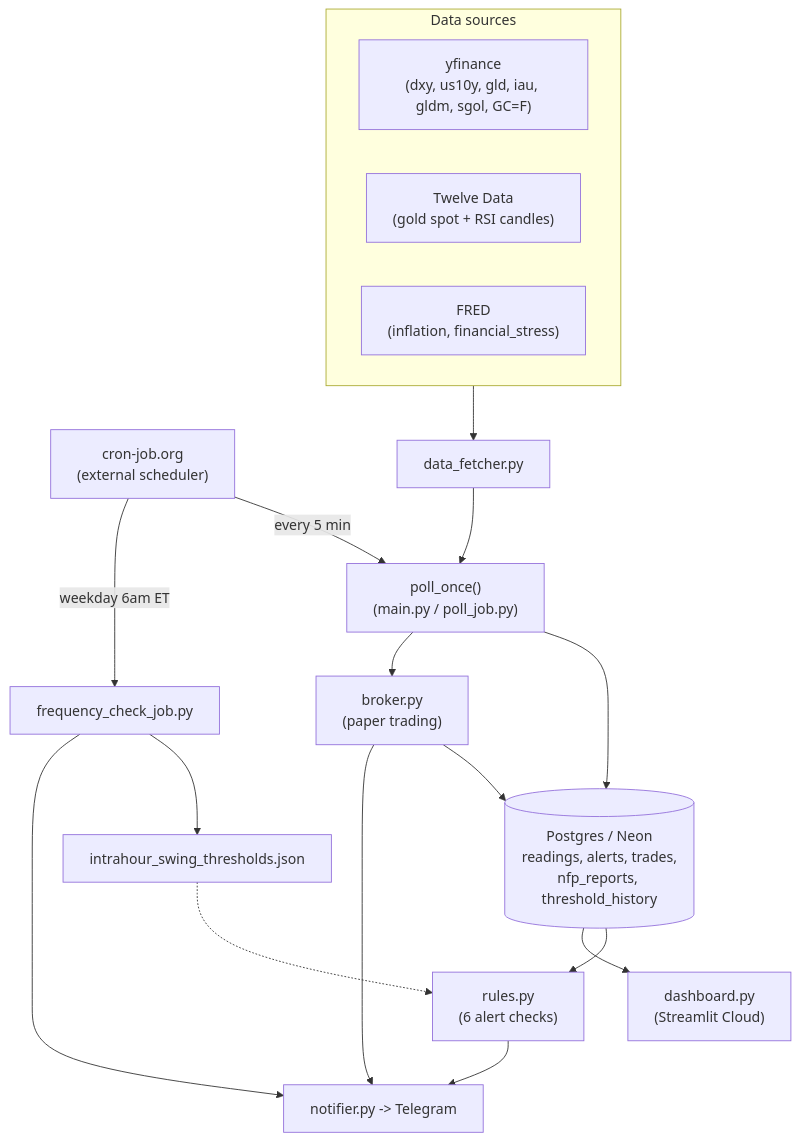
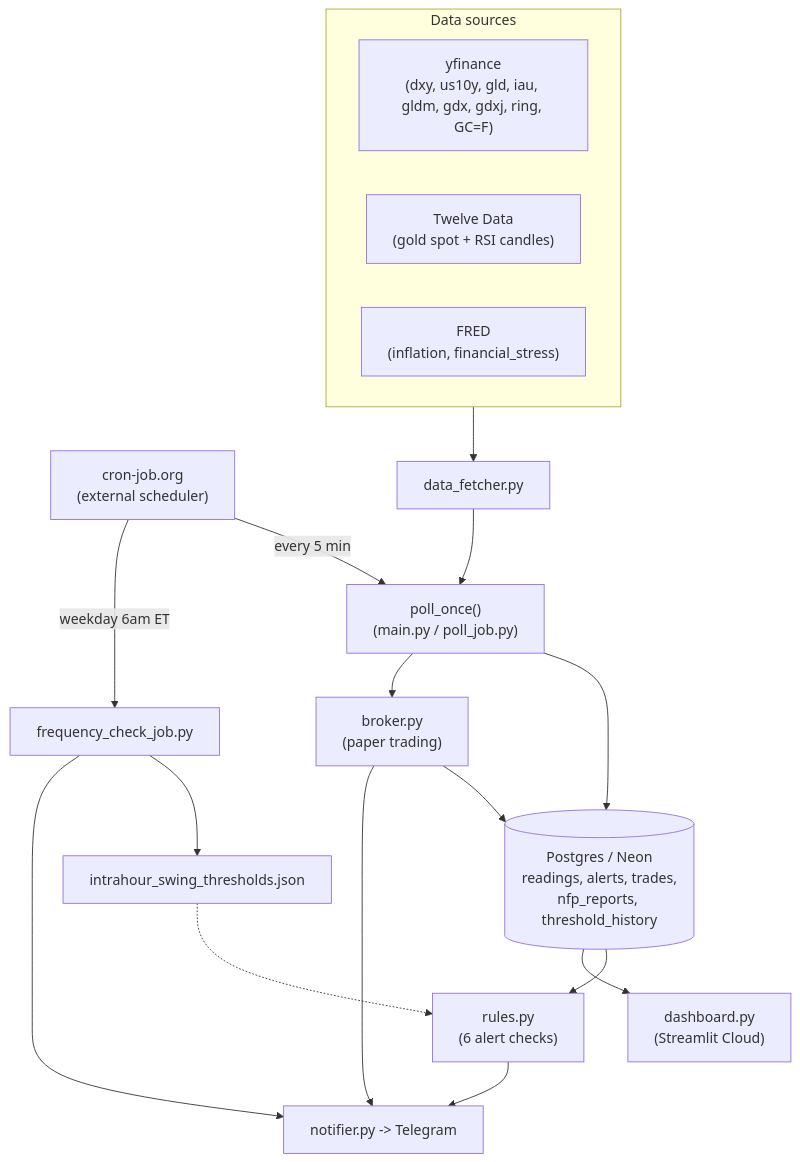
One commit to Armada86/goldo changed the diagram in docs/diagram.md. Above: the diagram before and after it, drawn with Mermaid. The commit also changed other lines of this file and 18 other files, not shown here.

````diff
--- a/docs/diagram.md
+++ b/docs/diagram.md
@@ -6,26 +6,26 @@
 ```mermaid
 flowchart TD
     subgraph Sources["Data sources"]
-        YF["yfinance\n(dxy, us10y, gld, iau, gldm, sgol, GC=F)"]
+        YF["yfinance\n(dxy, us10y, gld, iau, gldm, gdx, gdxj, ring, GC=F)"]
         TD["Twelve Data\n(gold spot + RSI candles)"]
         FRED["FRED\n(inflation, financial_stress)"]
     end
 
     Cron["cron-job.org\n(external scheduler)"] -->|every 5 min| Poll
     Cron -->|weekday 6am ET| FreqCheck["frequency_check_job.py"]
 
     Sources --> Fetcher["data_fetcher.py"]
     Fetcher --> Poll["poll_once()\n(main.py / poll_job.py)"]
     Poll --> DB[("Postgres / Neon\nreadings, alerts, trades,\nnfp_reports, threshold_history")]
     DB --> Rules["rules.py\n(6 alert checks)"]
     Rules --> Telegram["notifier.py -> Telegram"]
     Poll --> Broker["broker.py\n(paper trading)"]
     Broker --> DB
     Broker --> Telegram
 
     DB --> Dashboard["dashboard.py\n(Streamlit Cloud)"]
 
     FreqCheck --> Thresholds["intrahour_swing_thresholds.json"]
     FreqCheck --> Telegram
     Thresholds -.-> Rules
 ```
````
